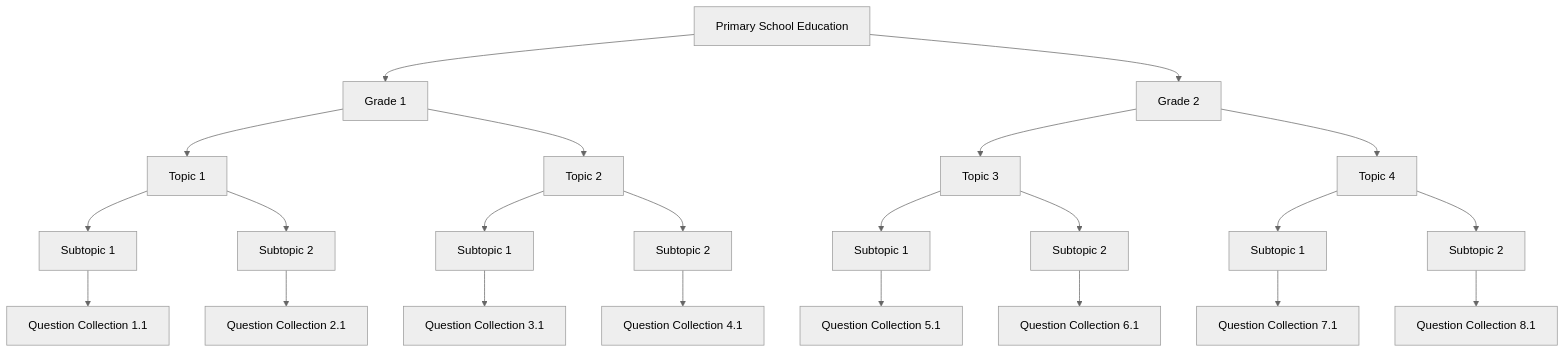
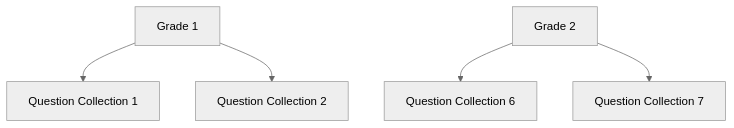
One commit to jacobjiangwei/MathLearning changed the first of 2 diagrams in docs/architecture.md. Above: the diagram before and after it, drawn with Mermaid (neutral theme). The commit also changed other lines of this file and 40 other files, not shown here.

````diff
--- a/docs/architecture.md
+++ b/docs/architecture.md
@@ -43,26 +43,8 @@
 ```mermaid
 graph TD
-    A[Primary School Education] --> B[Grade 1]
-    B --> C[Topic 1]
-    C --> D[Subtopic 1]
-    D --> E[Question Collection 1.1]
-    C --> G[Subtopic 2]
-    G --> H[Question Collection 2.1]
-    B --> J[Topic 2]
-    J --> K[Subtopic 1]
-    K --> L[Question Collection 3.1]
-    J --> N[Subtopic 2]
-    N --> O[Question Collection 4.1]
-    A --> Q[Grade 2]
-    Q --> R[Topic 3]
-    R --> S[Subtopic 1]
-    S --> T[Question Collection 5.1]
-    R --> V[Subtopic 2]
-    V --> W[Question Collection 6.1]
-    Q --> Y[Topic 4]
-    Y --> Z[Subtopic 1]
-    Z --> AA[Question Collection 7.1]
-    Y --> AC[Subtopic 2]
-    AC --> AD[Question Collection 8.1]
+    A[Grade 1] --> B[Question Collection 1]
+    A[Grade 1] --> C[Question Collection 2]
+    J[Grade 2] --> K[Question Collection 6]
+    J[Grade 2] --> L[Question Collection 7]
 
 ```
````
